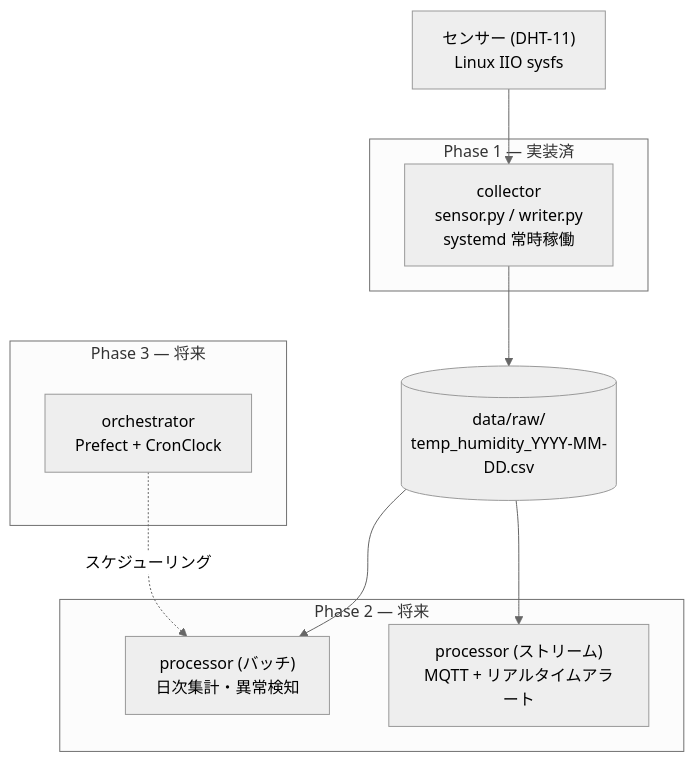
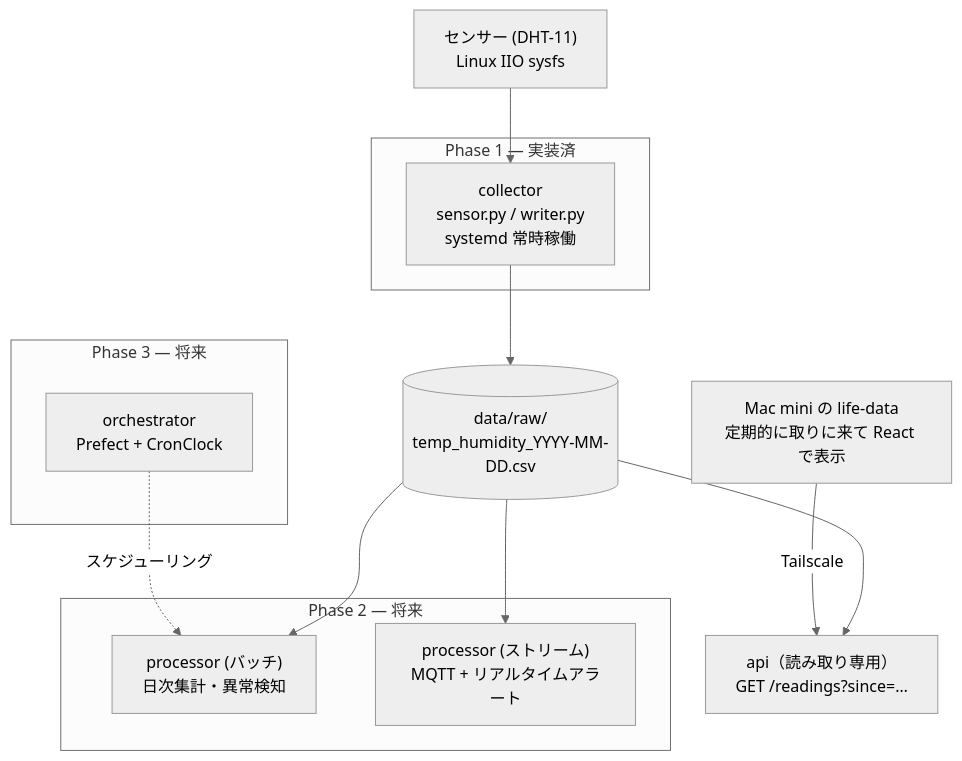
Before and after one commit to balle-mech/raspi-temp-humidity-pipeline: the diagram in README.md, drawn with Mermaid (neutral theme). The commit also changed 8 other files, not shown here.

First line of the commit message:
feat: Mac mini が温湿度を取りに来るための読み取り専用 API を追加

````diff
--- a/README.md
+++ b/README.md
@@ -4,25 +4,29 @@
 ```mermaid
 graph TD
     SENSOR["センサー (DHT-11)\nLinux IIO sysfs"]
 
     subgraph PH1["Phase 1 — 実装済"]
         COLLECTOR["collector\nsensor.py / writer.py\nsystemd 常時稼働"]
     end
 
     CSV[("data/raw/\ntemp_humidity_YYYY-MM-DD.csv")]
 
     subgraph PH2["Phase 2 — 将来"]
         BATCH["processor (バッチ)\n日次集計・異常検知"]
         STREAM["processor (ストリーム)\nMQTT + リアルタイムアラート"]
     end
 
     subgraph PH3["Phase 3 — 将来"]
         ORCH["orchestrator\nPrefect + CronClock"]
     end
 
     SENSOR --> COLLECTOR
     COLLECTOR --> CSV
+    API["api（読み取り専用）\nGET /readings?since=…"]
+    MAC["Mac mini の life-data\n定期的に取りに来て React で表示"]
+    CSV --> API
+    MAC -->|Tailscale| API
     CSV --> BATCH
     CSV --> STREAM
     ORCH -.->|スケジューリング| BATCH
 ```
````
